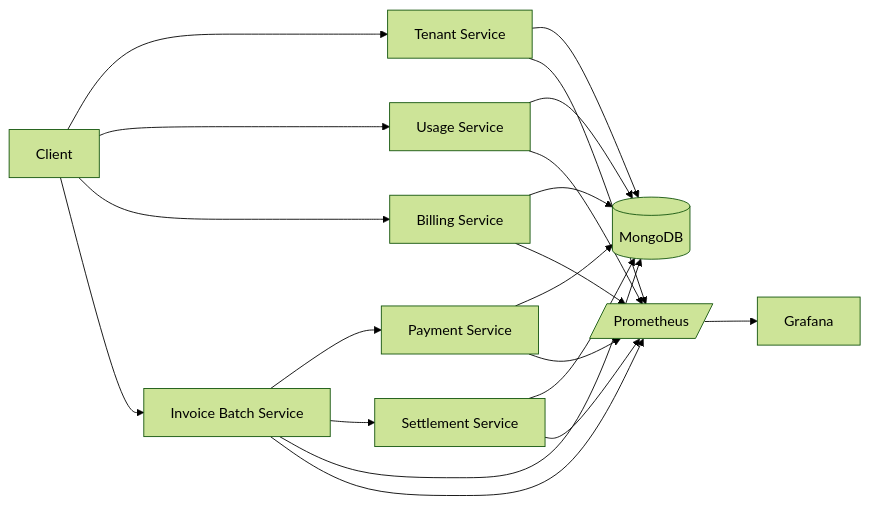
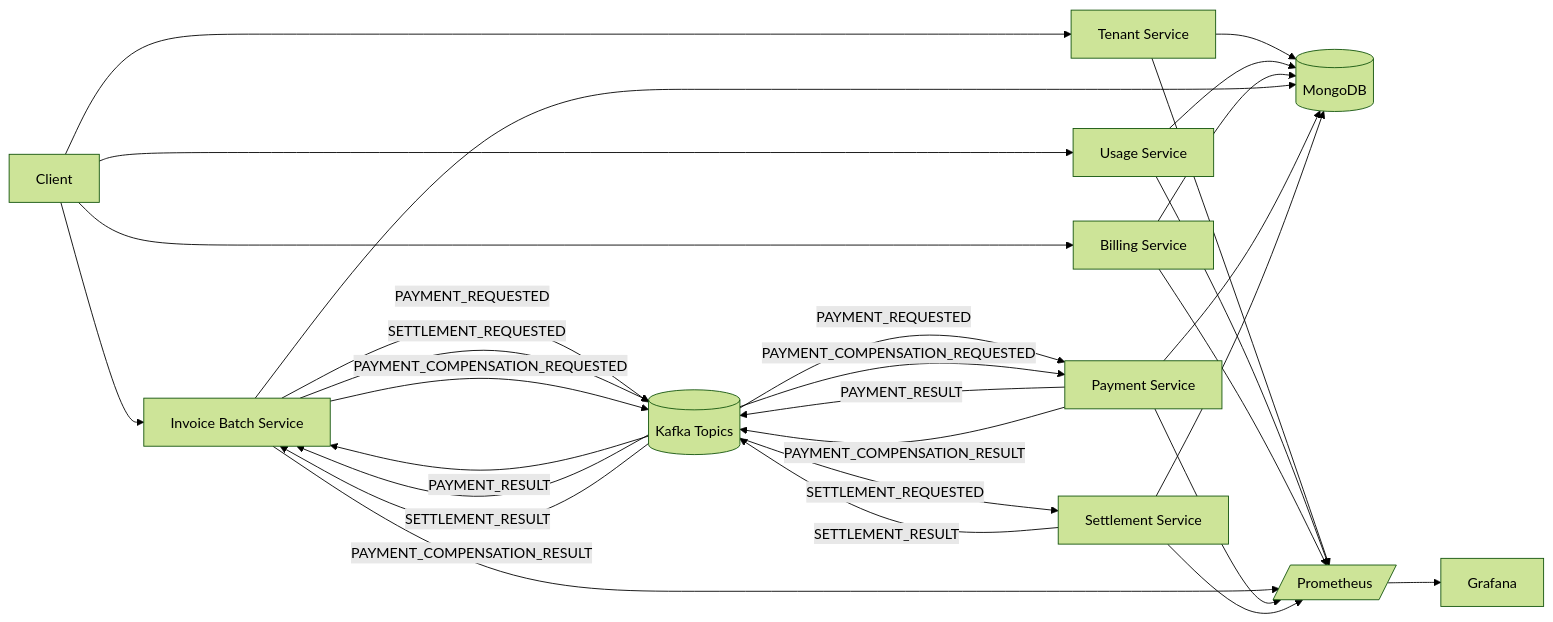
The diagram in README.md (MustafaBulu/billing-platform-parent), drawn with Mermaid (forest theme) before and after one commit.

Commit message:
docs: add Kafka saga flow to architecture diagram

````diff
--- a/README.md
+++ b/README.md
@@ -50,24 +50,35 @@
 ```mermaid
 flowchart LR
     C[Client] --> T[Tenant Service]
     C --> U[Usage Service]
     C --> B[Billing Service]
     C --> I[Invoice Batch Service]
-    I --> P[Payment Service]
-    I --> S[Settlement Service]
+    K[(Kafka Topics)]
+    I -->|PAYMENT_REQUESTED| K
+    I -->|SETTLEMENT_REQUESTED| K
+    I -->|PAYMENT_COMPENSATION_REQUESTED| K
+    K -->|PAYMENT_REQUESTED| P[Payment Service]
+    P -->|PAYMENT_RESULT| K
+    K -->|PAYMENT_RESULT| I
+    K -->|SETTLEMENT_REQUESTED| S[Settlement Service]
+    S -->|SETTLEMENT_RESULT| K
+    K -->|SETTLEMENT_RESULT| I
+    K -->|PAYMENT_COMPENSATION_REQUESTED| P
+    P -->|PAYMENT_COMPENSATION_RESULT| K
+    K -->|PAYMENT_COMPENSATION_RESULT| I
 
     T --> M[(MongoDB)]
     U --> M
     B --> M
     I --> M
     P --> M
     S --> M
 
     T --> PR[/Prometheus/]
     U --> PR
     B --> PR
     I --> PR
     P --> PR
     S --> PR
     PR --> G[Grafana]
 ```
````
